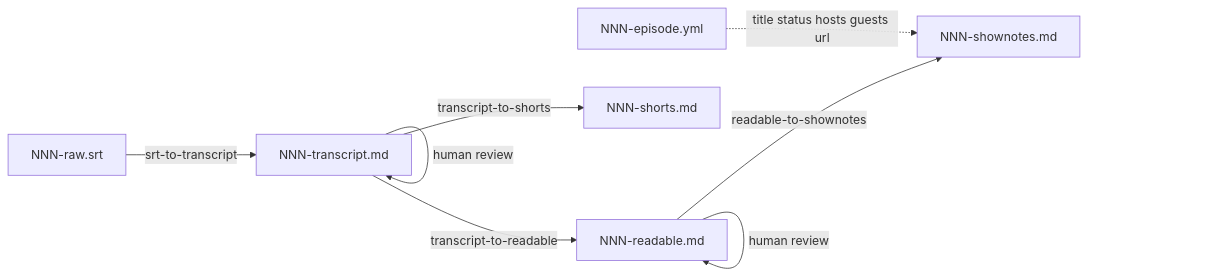
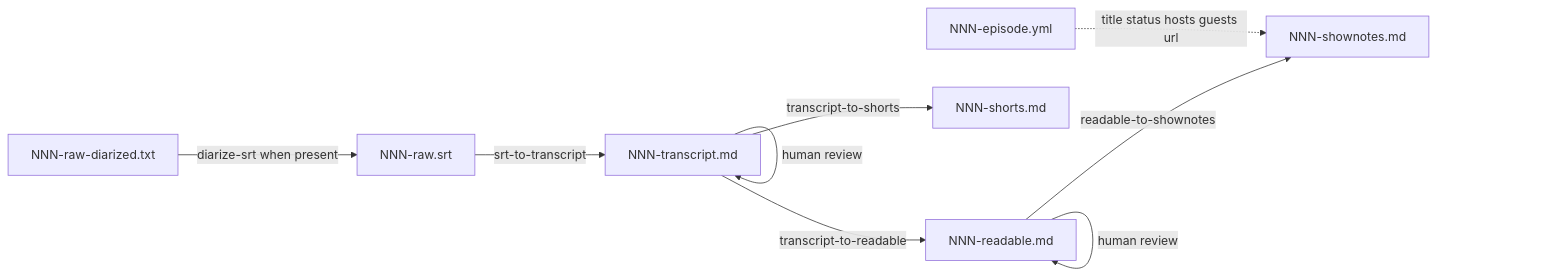
The diagram in README.md (s-tikhomirov/basicblockradio), drawn with Mermaid before and after one commit. The commit also changed other lines of this file and 12 other files, not shown here.

Commit message:
add diarize-srt skill

````diff
--- a/README.md
+++ b/README.md
@@ -49,16 +51,18 @@
 ```mermaid
 flowchart LR
+  TXT[NNN-raw-diarized.txt]
   SRT[NNN-raw.srt]
   T[NNN-transcript.md]
   R[NNN-readable.md]
   SN[NNN-shownotes.md]
   SH[NNN-shorts.md]
   Y[NNN-episode.yml]
+  TXT -->|diarize-srt when present| SRT
   SRT -->|srt-to-transcript| T
   T -->|human review| T
   T -->|transcript-to-readable| R
   R -->|human review| R
   R -->|readable-to-shownotes| SN
   T -->|transcript-to-shorts| SH
   Y -.->|title status hosts guests url| SN
 ```
````
